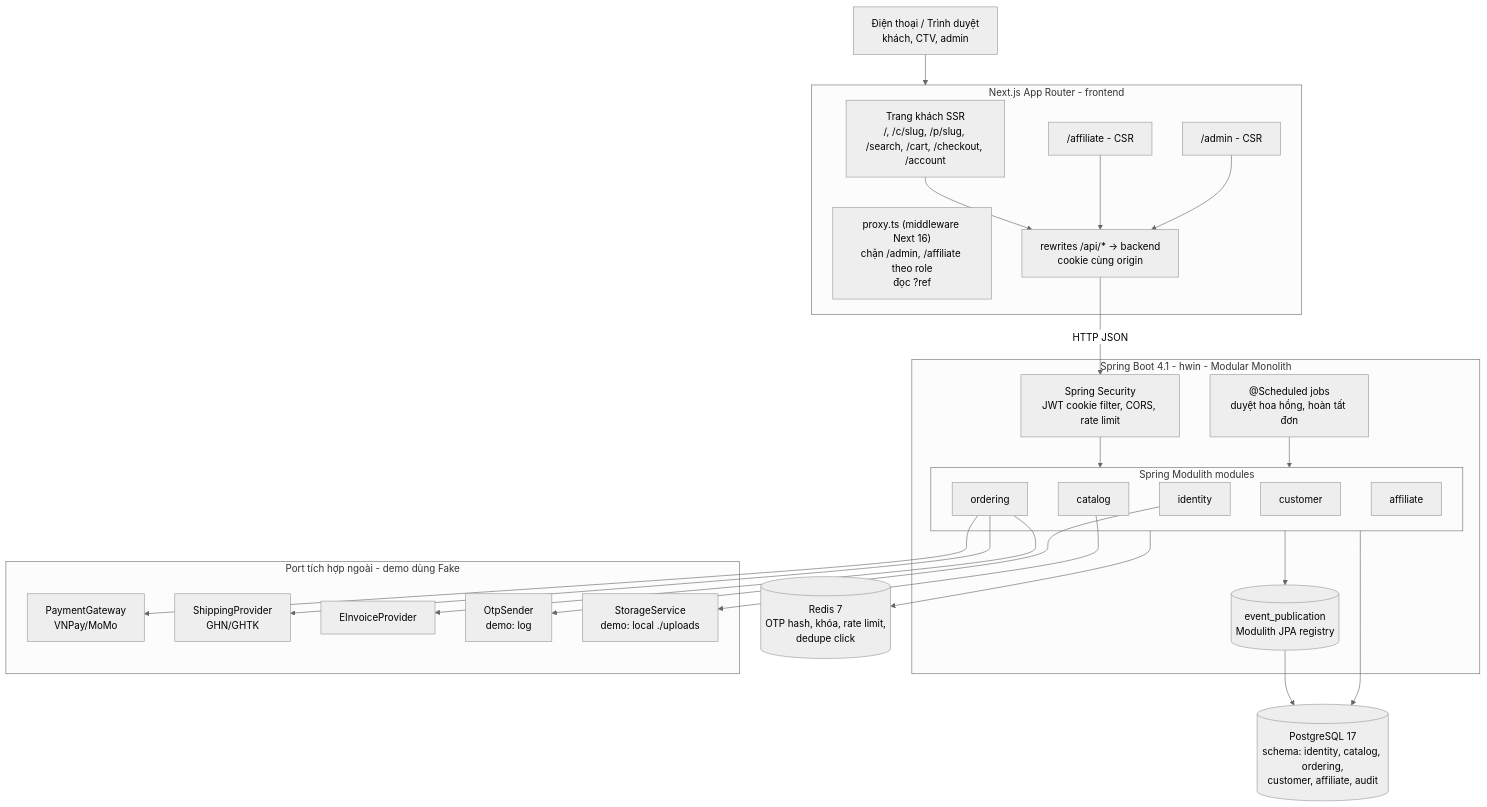
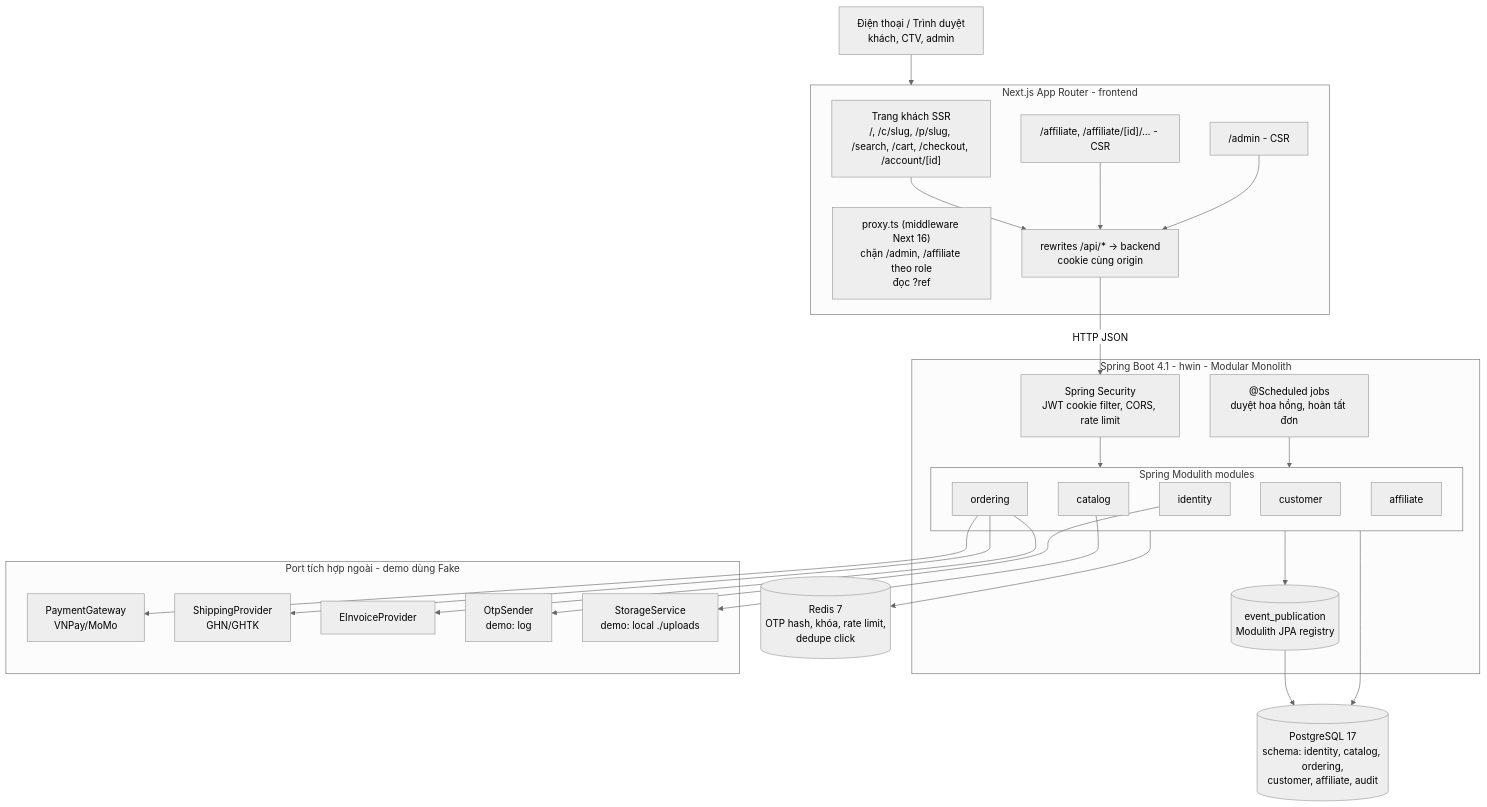
Before and after one commit to Vietnguyen203/Hwingroupweb: the second of 2 diagrams in docs/01-system-design.md, drawn with Mermaid (neutral theme). The commit also changed other lines of this file and 1 other file, not shown here.

Commit message:
docs: cập nhật URL cổng CTV và tài khoản có id (/account/[id], /affiliate/[id]/…)
- 05-api.md: thêm route /account/[id] và /affiliate/[id]/{dashboard,links,earnings,campaigns,products,performance};
  ghi chú [id] chỉ để hiển thị, dữ liệu lấy theo phiên đăng nhập, link cũ tự chuyển sang link có id
- 01-system-design.md: cập nhật phạm vi trang CTV và nhãn trong sơ đồ kiến trúc

````diff
--- a/docs/01-system-design.md
+++ b/docs/01-system-design.md
@@ -134,53 +134,53 @@
 ```mermaid
 flowchart TB
     U["Điện thoại / Trình duyệt<br/>khách, CTV, admin"]
 
     subgraph FE[Next.js App Router - frontend]
-        SSR["Trang khách SSR<br/>/, /c/slug, /p/slug, /search, /cart, /checkout, /account"]
-        CTV["/affiliate - CSR"]
+        SSR["Trang khách SSR<br/>/, /c/slug, /p/slug, /search, /cart, /checkout, /account/[id]"]
+        CTV["/affiliate, /affiliate/[id]/… - CSR"]
         ADM["/admin - CSR"]
         MW["proxy.ts (middleware Next 16)<br/>chặn /admin, /affiliate theo role<br/>đọc ?ref"]
         RW["rewrites /api/* → backend<br/>cookie cùng origin"]
     end
 
     subgraph BE[Spring Boot 4.1 - hwin - Modular Monolith]
         SEC["Spring Security<br/>JWT cookie filter, CORS, rate limit"]
         subgraph MODS[Spring Modulith modules]
             I[identity]
             C[catalog]
             O[ordering]
             CU[customer]
             A[affiliate]
         end
         EV[("event_publication<br/>Modulith JPA registry")]
         JOB["@Scheduled jobs<br/>duyệt hoa hồng, hoàn tất đơn"]
     end
 
     PG[("PostgreSQL 17<br/>schema: identity, catalog, ordering,<br/>customer, affiliate, audit")]
     RD[("Redis 7<br/>OTP hash, khóa, rate limit,<br/>dedupe click")]
 
     subgraph PORTS[Port tích hợp ngoài - demo dùng Fake]
         P1["PaymentGateway<br/>VNPay/MoMo"]
         P2["ShippingProvider<br/>GHN/GHTK"]
         P3[EInvoiceProvider]
         P4["OtpSender<br/>demo: log"]
         P5["StorageService<br/>demo: local ./uploads"]
     end
 
     U --> FE
     SSR --> RW
     CTV --> RW
     ADM --> RW
     RW -->|HTTP JSON| SEC
     SEC --> MODS
     MODS --> PG
     MODS --> RD
     MODS --> EV
     EV --> PG
     JOB --> MODS
     O --> P1
     O --> P2
     O --> P3
     I --> P4
     C --> P5
 ```
````
